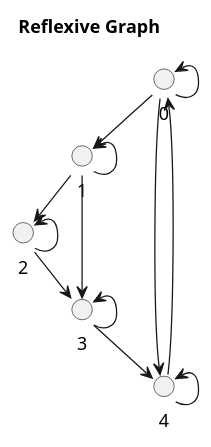
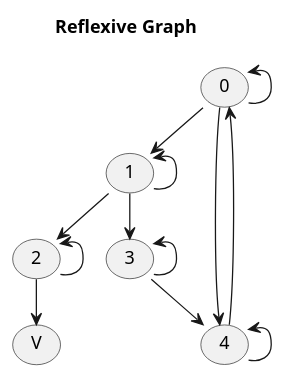
One commit to roman7shubenkov/LAB5 changed the diagram in reflexive_graph.puml. Above: the diagram before and after it, drawn with PlantUML. The commit also changed 7 other files, not shown here.

```diff
--- a/reflexive_graph.puml
+++ b/reflexive_graph.puml
@@ -1,26 +1,20 @@
 @startuml
 !pragma layout smetana
 
 title Reflexive Graph
 
-circle "0" as V0
-circle "1" as V1
-circle "2" as V2
-circle "3" as V3
-circle "4" as V4
+(0) -u-> (0)
+(1) -u-> (1)
+(2) -u-> (2)
+(3) -u-> (3)
+(4) -u-> (4)
 
-V0 -u-> V0
-V1 -u-> V1
-V2 -u-> V2
-V3 -u-> V3
-V4 -u-> V4
-
-V0 --> V1
-V0 --> V4
-V1 --> V2
-V1 --> V3
-V2 --> V3
-V3 --> V4
-V4 --> V0
+(0) --> (1)
+(0) --> (4)
+(1) --> (2)
+(1) --> (3)
+(2) --> (V)
+(3) --> (4)
+(4) --> (0)
 
 @enduml
```
